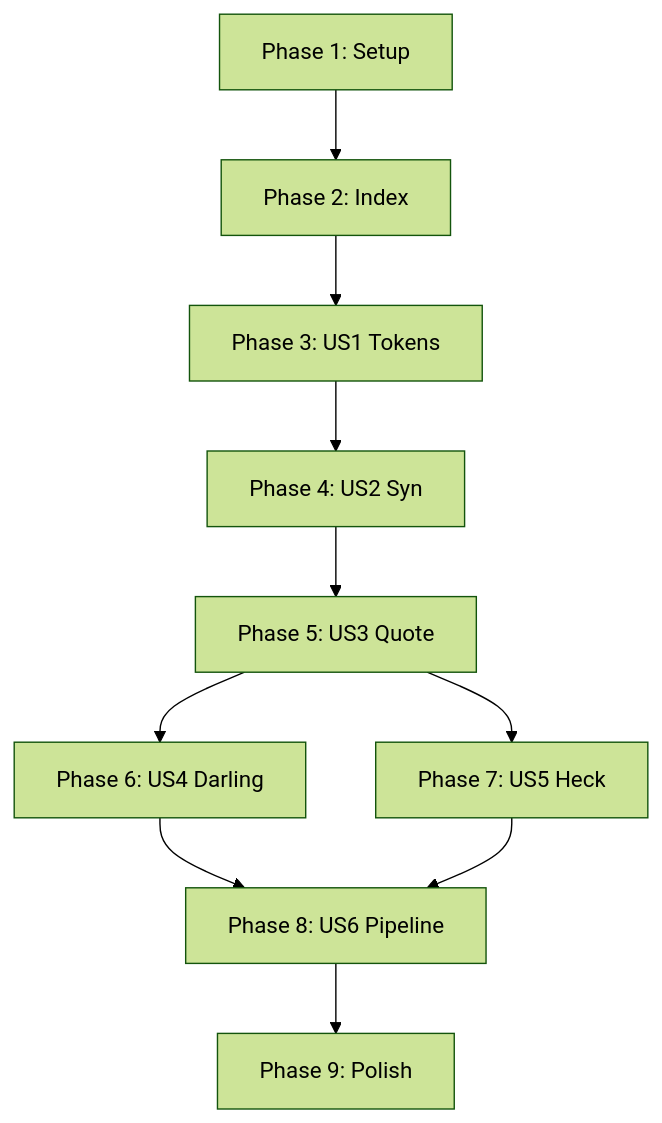
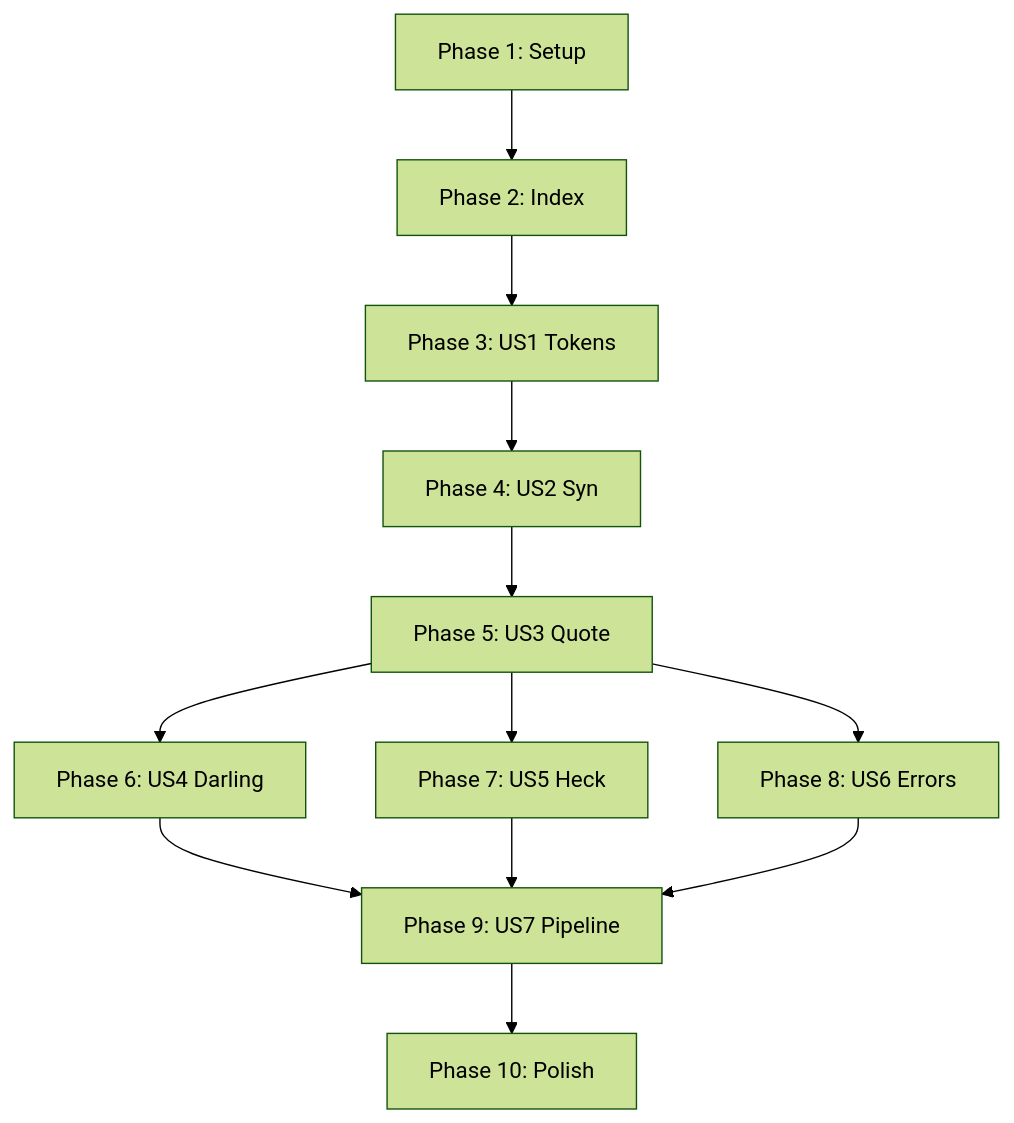
The diagram in specs/002-proc-macro-tutorial/tasks.md (ranjithkt/proc-macro-workshop), drawn with Mermaid (forest theme) before and after one commit. The commit also changed other lines of this file and 9 other files, not shown here.

````diff
--- a/specs/002-proc-macro-tutorial/tasks.md
+++ b/specs/002-proc-macro-tutorial/tasks.md
@@ -240,12 +273,14 @@
 ```mermaid
 graph TD
     P1[Phase 1: Setup] --> P2[Phase 2: Index]
     P2 --> P3[Phase 3: US1 Tokens]
     P3 --> P4[Phase 4: US2 Syn]
     P4 --> P5[Phase 5: US3 Quote]
     P5 --> P6[Phase 6: US4 Darling]
     P5 --> P7[Phase 7: US5 Heck]
-    P6 --> P8[Phase 8: US6 Pipeline]
-    P7 --> P8
-    P8 --> P9[Phase 9: Polish]
+    P5 --> P8[Phase 8: US6 Errors]
+    P6 --> P9[Phase 9: US7 Pipeline]
+    P7 --> P9
+    P8 --> P9
+    P9 --> P10[Phase 10: Polish]
 ```
````
